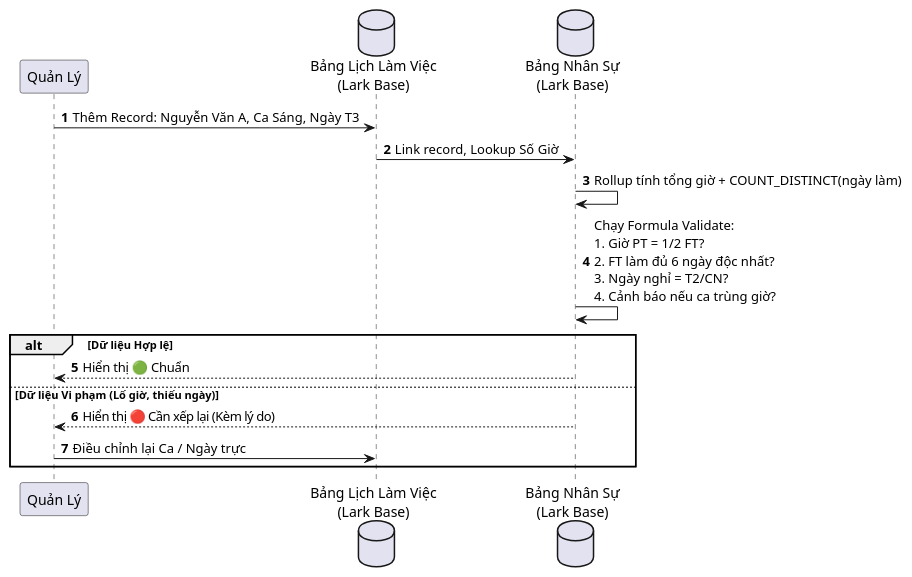
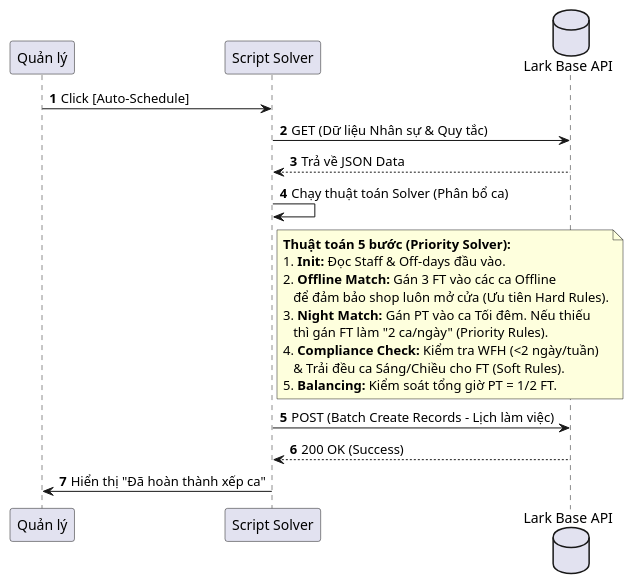
Before and after one commit to stevenguyen090/Knowledge-Lark-Consult: the fourth of 4 diagrams in 05_Clients/_NgaFashion/04_UML_Design.md, drawn with PlantUML. The commit also changed other lines of this file and 1 other file, not shown here.

````diff
--- a/05_Clients/_NgaFashion/04_UML_Design.md
+++ b/05_Clients/_NgaFashion/04_UML_Design.md
@@ -82,20 +155,27 @@
 ```plantuml
 @startuml
 autonumber
-participant "Quản Lý" as Manager
-database "Bảng Lịch Làm Việc\n(Lark Base)" as BaseLich
-database "Bảng Nhân Sự\n(Lark Base)" as BaseNhanSu
+participant "Quản lý" as Manager
+participant "Script Solver" as Solver
+database "Lark Base API" as API
 
-Manager -> BaseLich : Thêm Record: Nguyễn Văn A, Ca Sáng, Ngày T3
-BaseLich -> BaseNhanSu : Link record, Lookup Số Giờ
-BaseNhanSu -> BaseNhanSu : Rollup tính tổng giờ + COUNT_DISTINCT(ngày làm)
-BaseNhanSu -> BaseNhanSu : Chạy Formula Validate: \n1. Giờ PT = 1/2 FT? \n2. FT làm đủ 6 ngày độc nhất? \n3. Ngày nghỉ = T2/CN? \n4. Cảnh báo nếu ca trùng giờ?
-
-alt Dữ liệu Hợp lệ
-  BaseNhanSu --> Manager : Hiển thị 🟢 Chuẩn
-else Dữ liệu Vi phạm (Lố giờ, thiếu ngày)
-  BaseNhanSu --> Manager : Hiển thị 🔴 Cần xếp lại (Kèm lý do)
-  Manager -> BaseLich : Điều chỉnh lại Ca / Ngày trực
-end
+Manager -> Solver : Click [Auto-Schedule]
+Solver -> API : GET (Dữ liệu Nhân sự & Quy tắc)
+API --> Solver : Trả về JSON Data
+Solver -> Solver : Chạy thuật toán Solver (Phân bổ ca)
+note right of Solver
+  **Thuật toán 5 bước (Priority Solver):**
+  1. **Init:** Đọc Staff & Off-days đầu vào.
+  2. **Offline Match:** Gán 3 FT vào các ca Offline 
+     để đảm bảo shop luôn mở cửa (Ưu tiên Hard Rules).
+  3. **Night Match:** Gán PT vào ca Tối đêm. Nếu thiếu 
+     thì gán FT làm "2 ca/ngày" (Priority Rules).
+  4. **Compliance Check:** Kiểm tra WFH (<2 ngày/tuần) 
+     & Trải đều ca Sáng/Chiều cho FT (Soft Rules).
+  5. **Balancing:** Kiểm soát tổng giờ PT = 1/2 FT.
+end note
+Solver -> API : POST (Batch Create Records - Lịch làm việc)
+API --> Solver : 200 OK (Success)
+Solver -> Manager : Hiển thị "Đã hoàn thành xếp ca"
 @enduml
 ```
````
